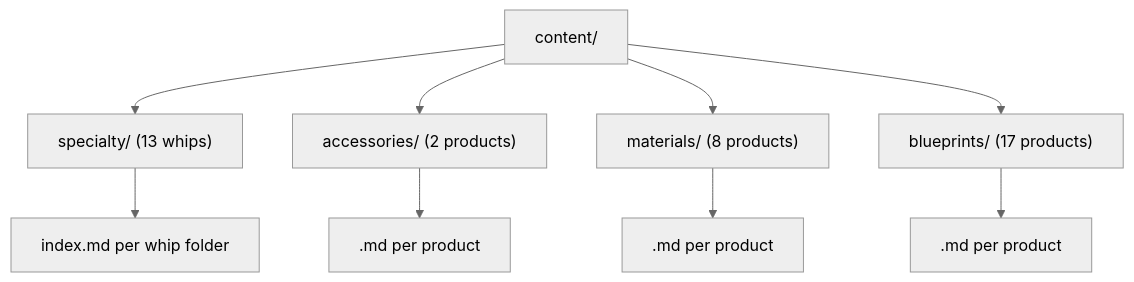
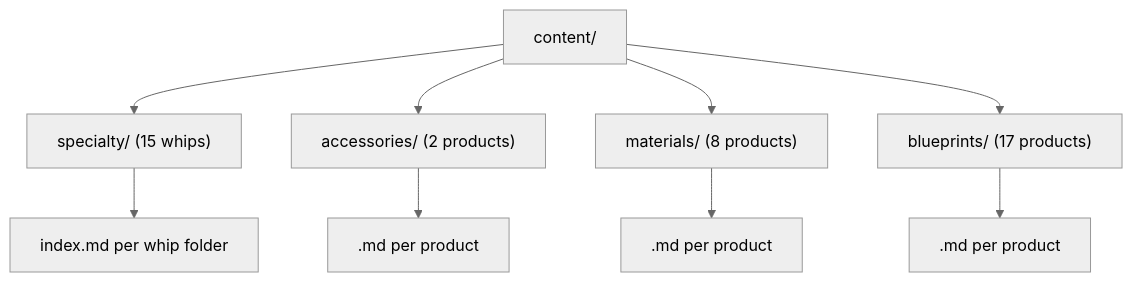
The fifth of 7 diagrams in architecture.md (atfieldson/whipworks.com), drawn with Mermaid (neutral theme) before and after one commit. The commit also changed other lines of this file and 1 other file, not shown here.

````diff
--- a/architecture.md
+++ b/architecture.md
@@ -252,12 +252,12 @@
 ```mermaid
 graph TD
-    CONTENT["content/"] --> SPEC["specialty/ (13 whips)"]
+    CONTENT["content/"] --> SPEC["specialty/ (15 whips)"]
     CONTENT --> ACC["accessories/ (2 products)"]
     CONTENT --> MAT["materials/ (8 products)"]
     CONTENT --> BP["blueprints/ (17 products)"]
 
     SPEC --> SPEC_MD["index.md per whip folder"]
     ACC --> ACC_MD[".md per product"]
     MAT --> MAT_MD[".md per product"]
     BP --> BP_MD[".md per product"]
 ```
````
